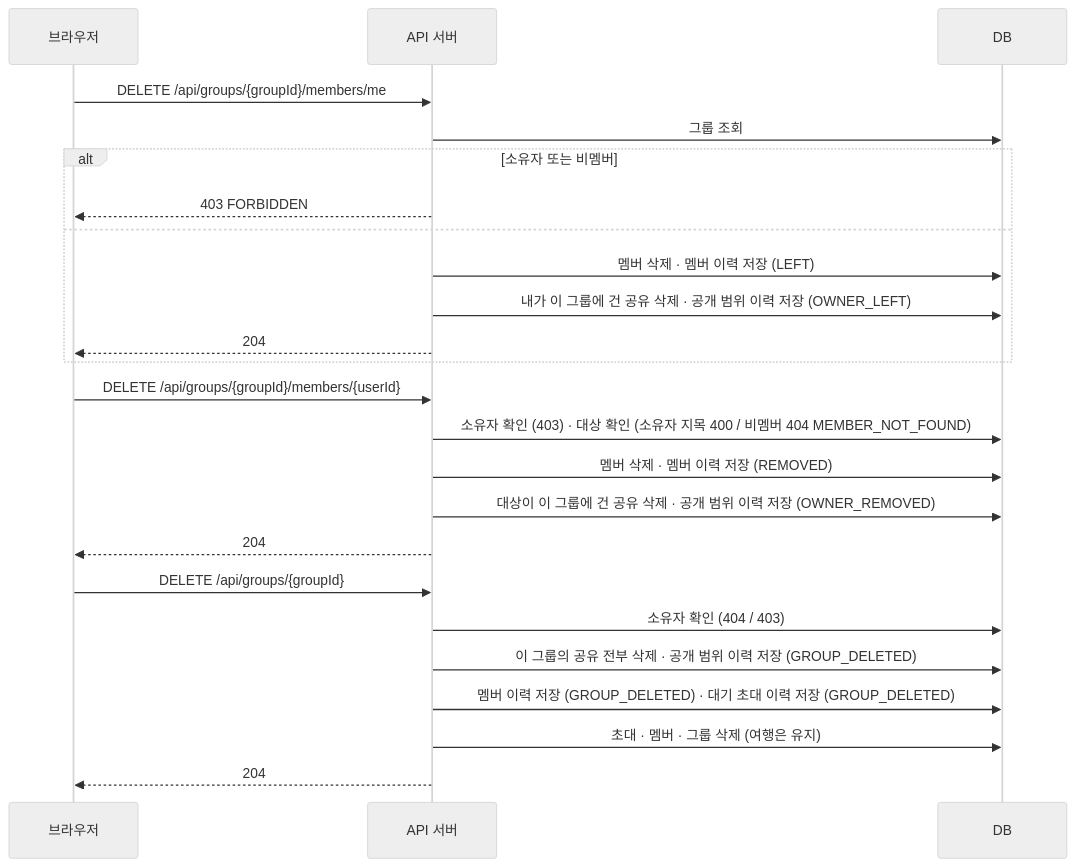
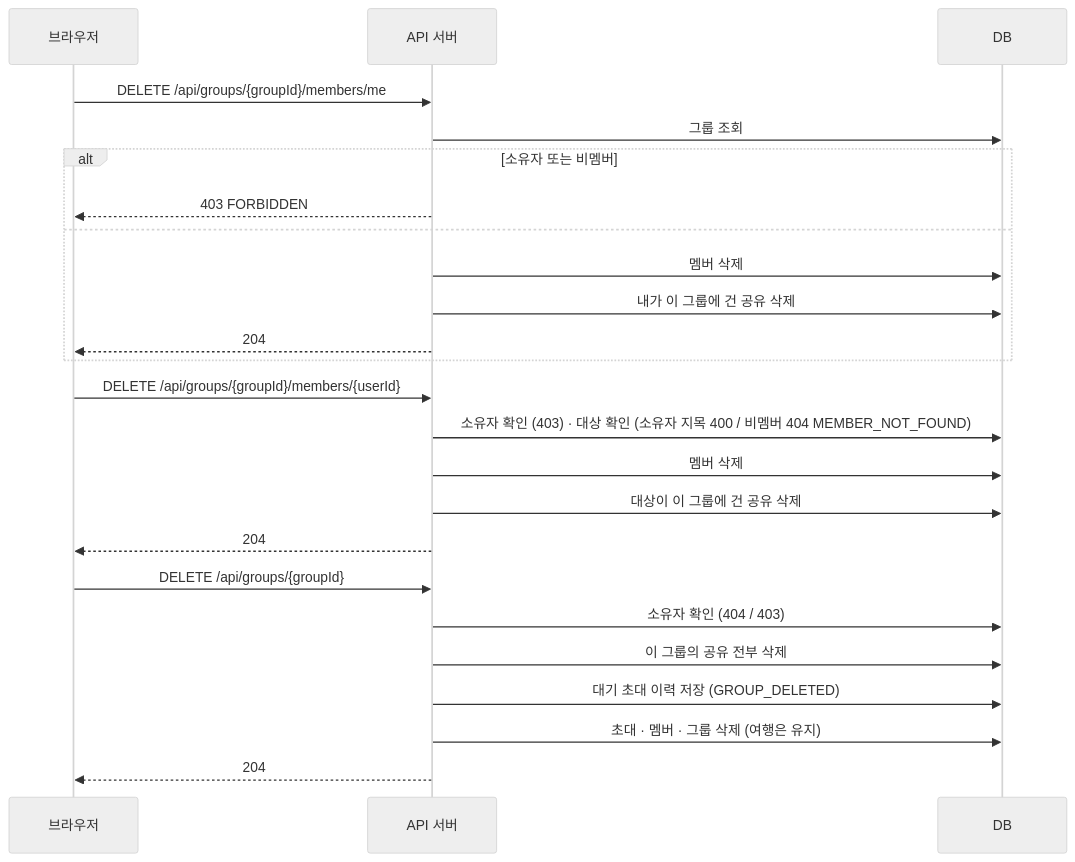
Before and after one commit to jinyong-go/travel-recorder: diagram 11 of 11 in docs/flow-sequence.md, drawn with Mermaid (neutral theme). The commit also changed other lines of this file and 15 other files, not shown here.

````diff
--- a/docs/flow-sequence.md
+++ b/docs/flow-sequence.md
@@ -322,29 +319,29 @@
 ```mermaid
 sequenceDiagram
     participant B as 브라우저
     participant A as API 서버
     participant D as DB
 
     B->>A: DELETE /api/groups/{groupId}/members/me
     A->>D: 그룹 조회
     alt 소유자 또는 비멤버
         A-->>B: 403 FORBIDDEN
     else
-        A->>D: 멤버 삭제 · 멤버 이력 저장 (LEFT)
-        A->>D: 내가 이 그룹에 건 공유 삭제 · 공개 범위 이력 저장 (OWNER_LEFT)
+        A->>D: 멤버 삭제
+        A->>D: 내가 이 그룹에 건 공유 삭제
         A-->>B: 204
     end
 
     B->>A: DELETE /api/groups/{groupId}/members/{userId}
     A->>D: 소유자 확인 (403) · 대상 확인 (소유자 지목 400 / 비멤버 404 MEMBER_NOT_FOUND)
-    A->>D: 멤버 삭제 · 멤버 이력 저장 (REMOVED)
-    A->>D: 대상이 이 그룹에 건 공유 삭제 · 공개 범위 이력 저장 (OWNER_REMOVED)
+    A->>D: 멤버 삭제
+    A->>D: 대상이 이 그룹에 건 공유 삭제
     A-->>B: 204
 
     B->>A: DELETE /api/groups/{groupId}
     A->>D: 소유자 확인 (404 / 403)
-    A->>D: 이 그룹의 공유 전부 삭제 · 공개 범위 이력 저장 (GROUP_DELETED)
-    A->>D: 멤버 이력 저장 (GROUP_DELETED) · 대기 초대 이력 저장 (GROUP_DELETED)
+    A->>D: 이 그룹의 공유 전부 삭제
+    A->>D: 대기 초대 이력 저장 (GROUP_DELETED)
     A->>D: 초대 · 멤버 · 그룹 삭제 (여행은 유지)
     A-->>B: 204
 ```
````
